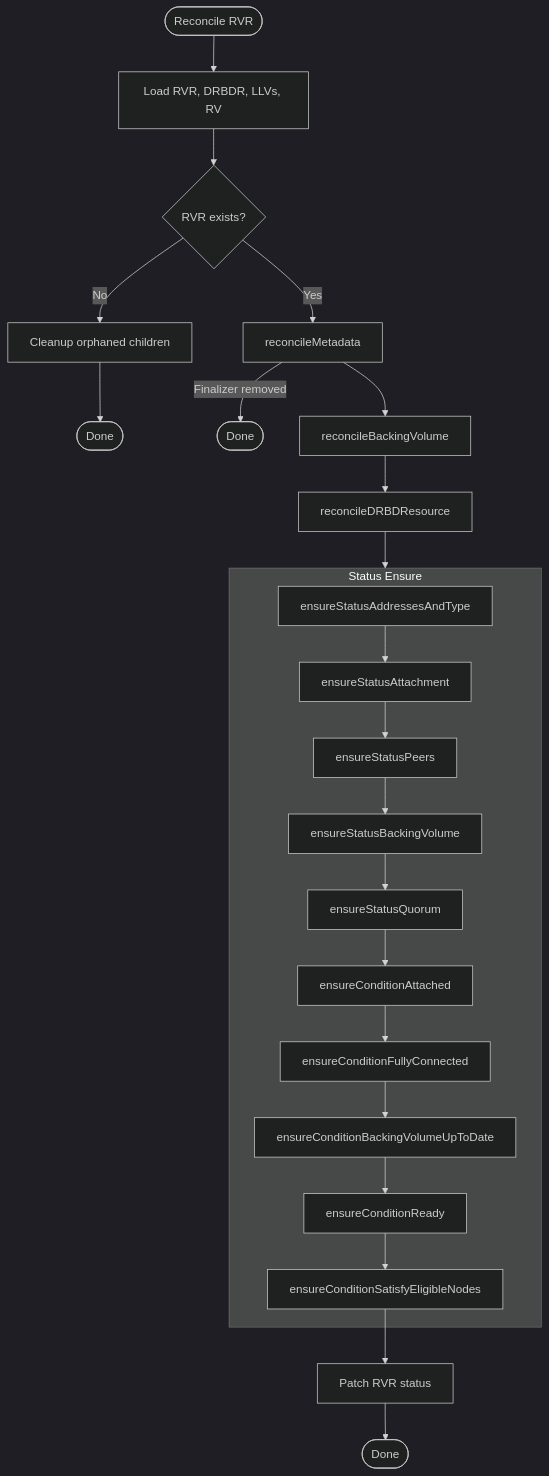
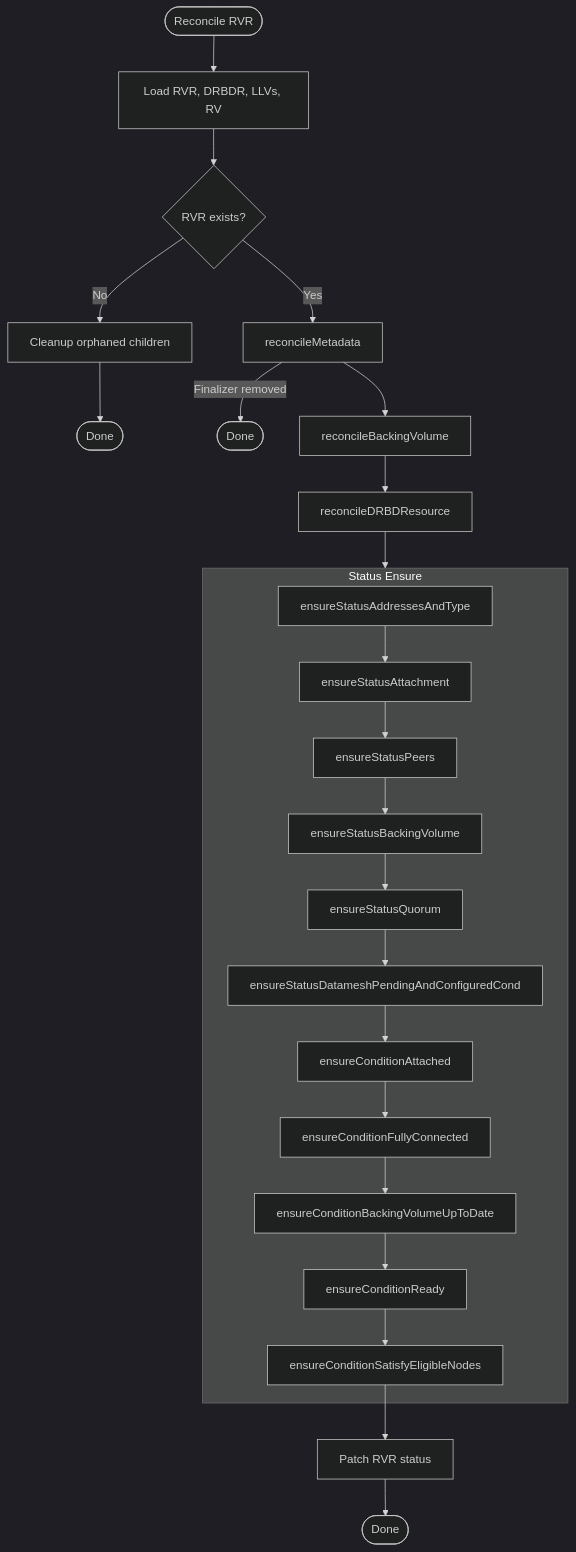
One commit to deckhouse/sds-replicated-volume changed the first of 15 diagrams in images/controller/internal/controllers/rvr_controller/README.md. Above: the diagram before and after it, drawn with Mermaid (dark theme). The commit also changed other lines of this file and 3 other files, not shown here.

First line of the commit message:
[controller] Add status.datameshPending field and Configured condition for RVR

````diff
--- a/images/controller/internal/controllers/rvr_controller/README.md
+++ b/images/controller/internal/controllers/rvr_controller/README.md
@@ -118,31 +123,32 @@
 ```mermaid
 flowchart TD
     Start([Reconcile RVR]) --> Load[Load RVR, DRBDR, LLVs, RV]
     Load --> CheckExists{RVR exists?}
 
     CheckExists -->|No| Cleanup[Cleanup orphaned children]
     Cleanup --> Done1([Done])
 
     CheckExists -->|Yes| Meta[reconcileMetadata]
     Meta -->|Finalizer removed| Done2([Done])
     Meta --> BV[reconcileBackingVolume]
     BV --> DRBDR[reconcileDRBDResource]
 
     DRBDR --> StatusBlock
 
     subgraph StatusBlock [Status Ensure]
         AddrType[ensureStatusAddressesAndType]
         AddrType --> StatusAttach[ensureStatusAttachment]
         StatusAttach --> Peers[ensureStatusPeers]
         Peers --> BVStatus[ensureStatusBackingVolume]
         BVStatus --> StatusQuorum[ensureStatusQuorum]
-        StatusQuorum --> CondAttach[ensureConditionAttached]
+        StatusQuorum --> DmPendingAndCond[ensureStatusDatameshPendingAndConfiguredCond]
+        DmPendingAndCond --> CondAttach[ensureConditionAttached]
         CondAttach --> PeersCond[ensureConditionFullyConnected]
         PeersCond --> BVInSync[ensureConditionBackingVolumeUpToDate]
         BVInSync --> CondReady[ensureConditionReady]
         CondReady --> SEN[ensureConditionSatisfyEligibleNodes]
     end
 
     SEN --> Patch[Patch RVR status]
     Patch --> EndNode([Done])
 ```
````
